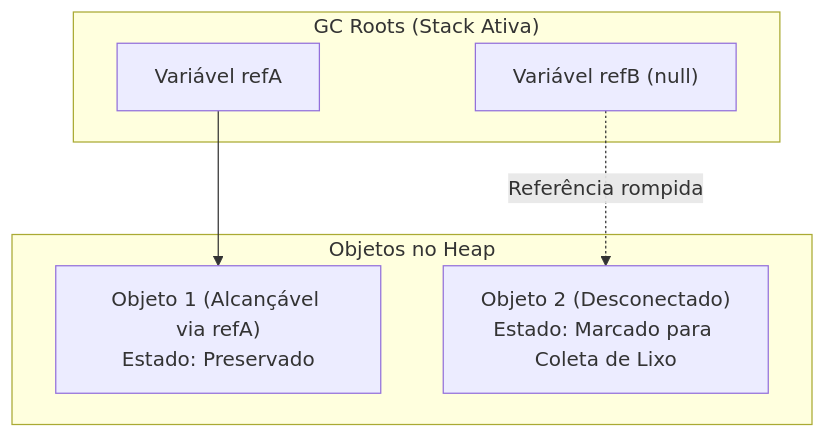
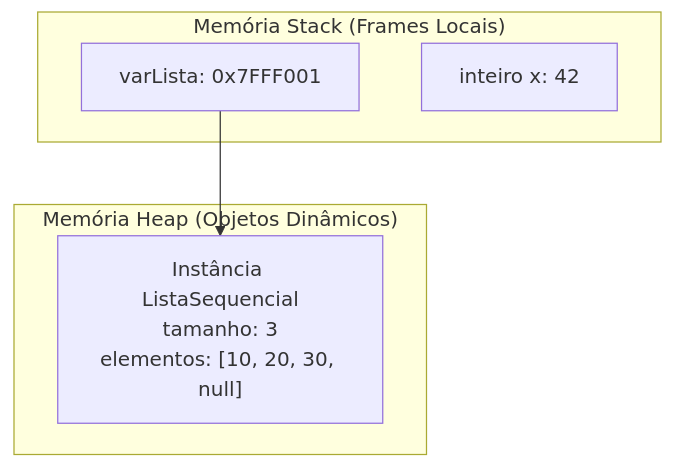
The tenth of 27 diagrams in 4º Semestre/[Prof. Wesley Soares] Estrutura de Dados I/Resumos-IA/Caderno-Consolidado.md (murilolol/unifef), drawn with Mermaid before and after one commit. The commit also changed other lines of this file and 58 other files, not shown here.

````diff
--- a/4º Semestre/[Prof. Wesley Soares] Estrutura de Dados I/Resumos-IA/Caderno-Consolidado.md
+++ b/4º Semestre/[Prof. Wesley Soares] Estrutura de Dados I/Resumos-IA/Caderno-Consolidado.md
@@ -655,15 +488,13 @@
 ```mermaid
 flowchart TD
-    subgraph StackRoots["GC Roots (Stack Ativa)"]
-        R1["Variável refA"]
-        R2["Variável refB (null)"]
-    end
+  subgraph Stack["Memória Stack (Frames Locais)"]
+    Ref1["varLista: 0x7FFF001"]
+    Primitivo["inteiro x: 42"]
+  end
 
-    subgraph HeapMemory["Objetos no Heap"]
-        ObjAtivo["Objeto 1 (Alcançável via refA)<br/>Estado: Preservado"]
-        ObjOrfao["Objeto 2 (Desconectado)<br/>Estado: Marcado para Coleta de Lixo"]
-    end
+  subgraph Heap["Memória Heap (Objetos Dinâmicos)"]
+    Obj["Instância ListaSequencial<br/>tamanho: 3<br/>elementos: [10, 20, 30, null]"]
+  end
 
-    R1 --> ObjAtivo
-    R2 -.->|"Referência rompida"| ObjOrfao
+  Ref1 --> Obj
 ```
````
